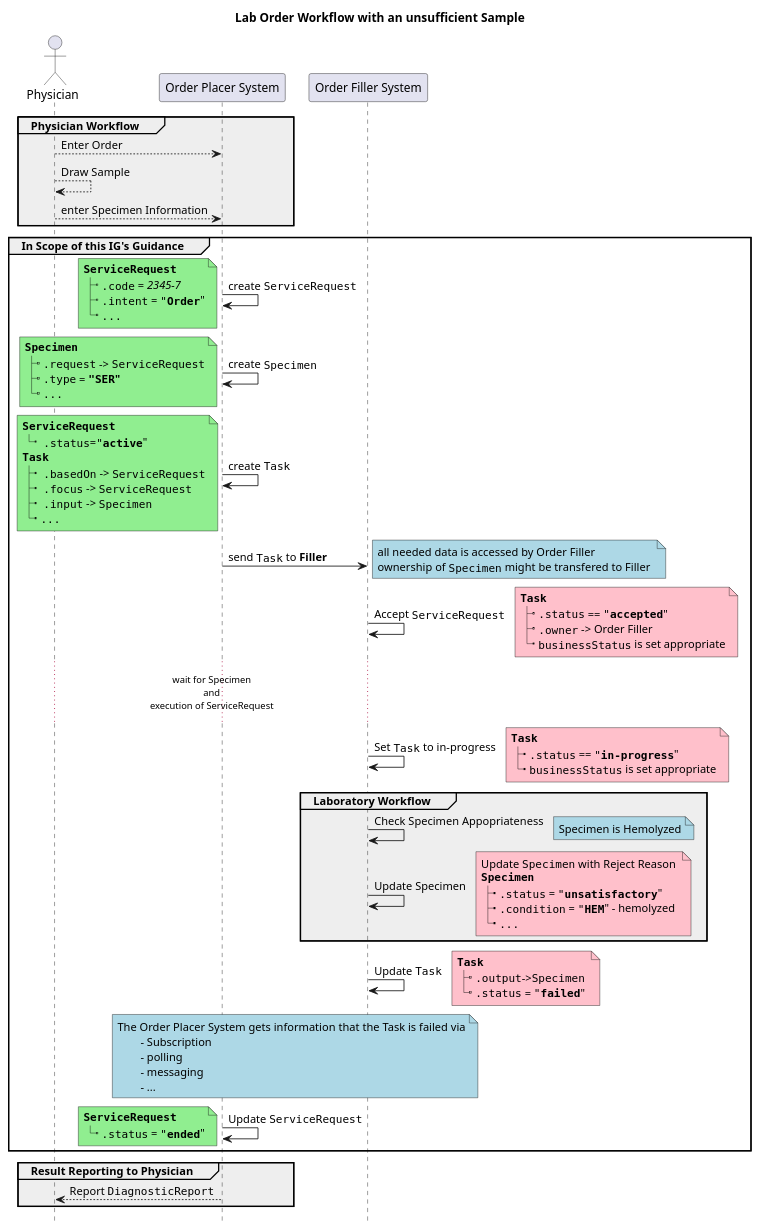
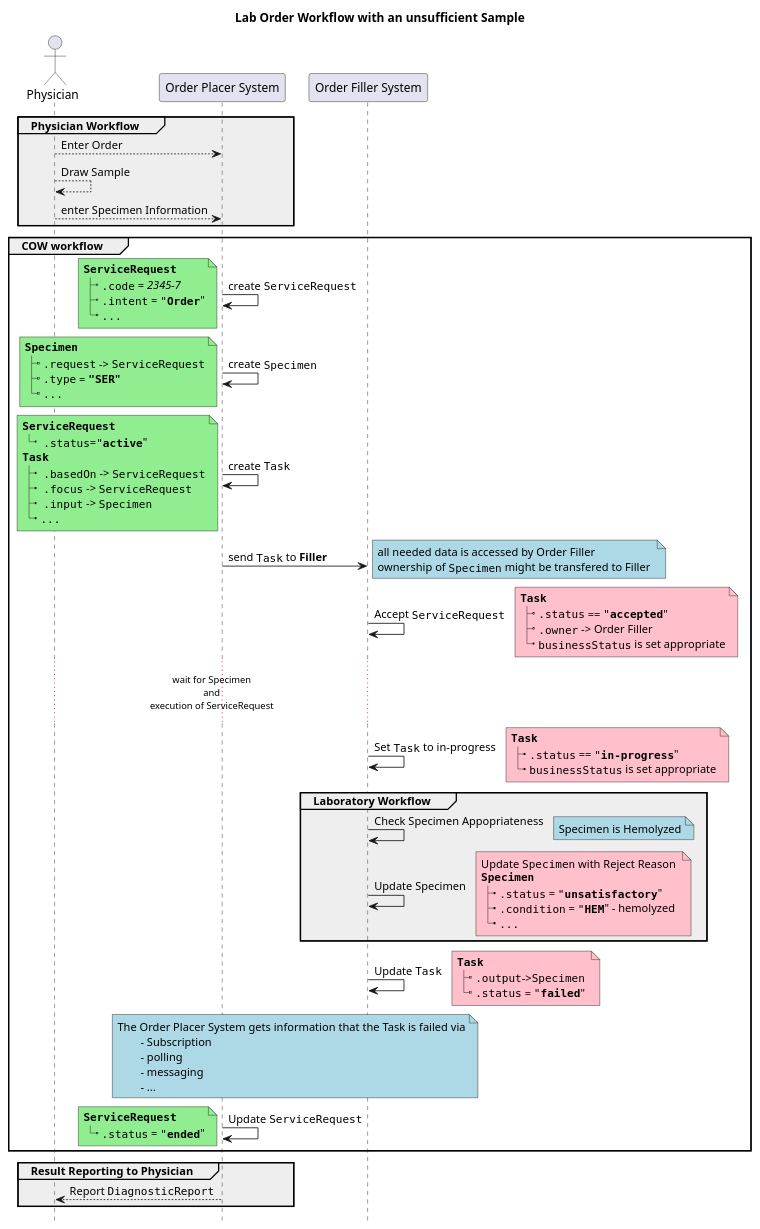
Before and after one commit to HL7/fhir-cow-ig: the diagram in input/images-source/ex5-lab-order-flow-specimen-rejected.plantuml, drawn with PlantUML.

Commit message:
Update ex5-lab-order-flow-specimen-rejected.plantuml
In scope changed to COW workflow

```diff
--- a/input/images-source/ex5-lab-order-flow-specimen-rejected.plantuml
+++ b/input/images-source/ex5-lab-order-flow-specimen-rejected.plantuml
@@ -1,129 +1,129 @@
 @startuml
 
 'skinparam sequenceMessageAlign center
 title 
 	Lab Order Workflow with an unsufficient Sample
 end title
 hide footbox
 
 'note across #turquoise
 '	**Assumptions:**
 '	- Physician knows which Specimen to draw (i.e. via an Order Catalog)
 '	- Specimen is drawn at the Physician office
 '	- It is clear which Order Filler will execute the Order
 '	- ""ServiceRequest"" is owned by the Order Placer; changes are allowed only to be done by Placer
 '	- ""Task"" is a shared resource of Placer and Filler and updated by both
 '	- Order Result is reported via ""DiagnosticReport""
 '	- ""DiagnosticReport"" is owned by the Order Filler
 '	- Order is accepted and is fulfilled 
 '	- Lab internal flow is **out of scope**
 '	- All needed data is accessible
 '	**Not defined**
 '	- Ownership of Specimen Resource (Ownership should/could/might change with the physical location)
 'end note
 
 actor Physician as Doc
 participant "Order Placer System" as Placer
 participant "Order Filler System" as Filler
 
 group #eee Physician Workflow 
 	Doc --> Placer: Enter Order
 	Doc --> Doc: Draw Sample
 	Doc --> Placer: enter Specimen Information
 end
 
-group In Scope of this IG's Guidance
+group COW workflow
 
 	Placer -> Placer: create ""ServiceRequest"" 
 	note left #lightgreen
 		**""ServiceRequest""**
 		|_ "".code"" = //2345-7//
 		|_ "".intent"" = """**Order**"""
 		|_ ""...""
 	end note
 	
 	Placer -> Placer: create ""Specimen"" 
 	note left #lightgreen
 		**""Specimen""**
 		|_ "".request"" -> ""ServiceRequest""
 		|_ "".type"" = **"""SER"""**
 		|_ ""...""
 	end note
 	
 	Placer -> Placer: create ""Task"" 
 	note left #lightgreen
 		**""ServiceRequest""**
 		|_  "".status""="""**active**"""
 		**""Task""**
 		|_  "".basedOn"" -> ""ServiceRequest""
 		|_  "".focus"" -> ""ServiceRequest""
 		|_  "".input"" -> ""Specimen""
 		|_ ""...""
 	end note 
 	
 	Placer -> Filler: send ""Task"" to **Filler** 
 	note right #lightblue
 		all needed data is accessed by Order Filler
 		ownership of ""Specimen"" might be transfered to Filler 
 	end note
 
 	Filler -> Filler: Accept ""ServiceRequest"" 
 	note right #pink
 		**""Task""**
 		|_ "".status"" == """**accepted**"""
 		|_ "".owner"" -> Order Filler
 		|_ ""businessStatus"" is set appropriate
 	end note
 	
 	... wait for Specimen \nand\nexecution of ServiceRequest... 
 	
 	Filler -> Filler: Set ""Task"" to in-progress
 	note right #pink
 		**""Task""**
 		|_ "".status"" == """**in-progress**"""
 		|_ ""businessStatus"" is set appropriate
 	end note
 	
 	group #eee Laboratory Workflow
 	
 		Filler -> Filler: Check Specimen Appopriateness
 		note right #lightblue
 			Specimen is Hemolyzed
 		end note
 		
 		Filler -> Filler: Update Specimen
 		note right #pink
 			Update ""Specimen"" with Reject Reason 
 			**""Specimen""**
 			|_ "".status"" = """**unsatisfactory**"""
 			|_ "".condition"" = """**HEM**""" - hemolyzed
 			|_ ""...""
 		end note
 	end
 	
 	Filler -> Filler: Update ""Task""
 		note right #pink
 			**""Task""**
 			|_ "".output""->""Specimen"" 
 			|_ "".status"" = """**failed**"""
 		end note
 	
 	note over Placer, Filler #lightblue
 		The Order Placer System gets information that the Task is failed via
 			- Subscription
 			- polling
 			- messaging
 			- ...
 	end note
 	
 	Placer -> Placer: Update ""ServiceRequest"" 
 	note left #lightgreen
 		**""ServiceRequest""**
 		|_ "".status"" = """**ended**"""
 	end note
 end
 
 group #eee Result Reporting to Physician
 	Placer --> Doc: Report ""DiagnosticReport""
 end
 @enduml
```
